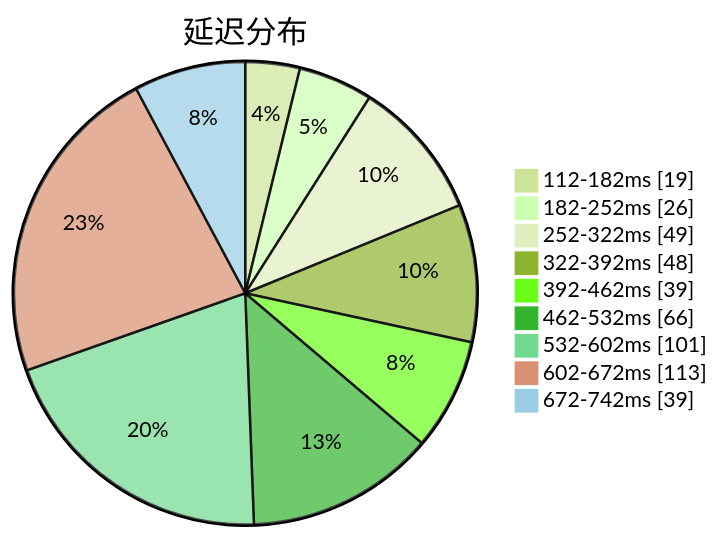
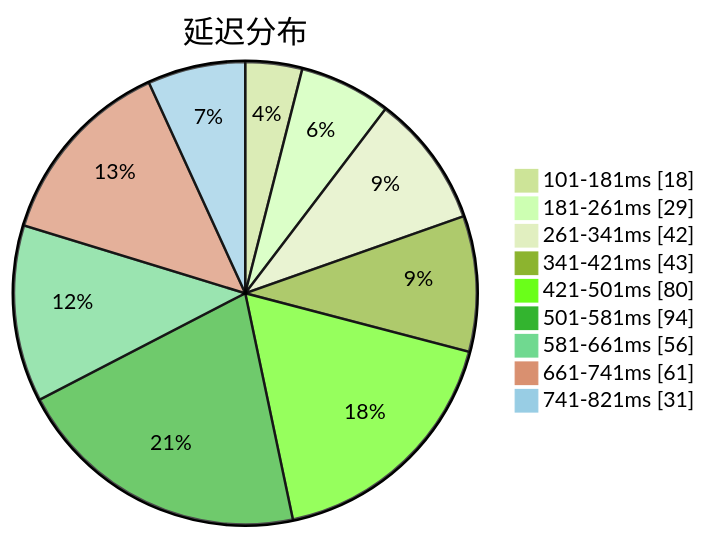
The first of 3 diagrams in subs/statistics/tested_within.md (sinspired/airport), drawn with Mermaid (forest theme) before and after one commit. The commit also changed other lines of this file and 2 other files, not shown here.

````diff
--- a/subs/statistics/tested_within.md
+++ b/subs/statistics/tested_within.md
@@ -2,13 +2,13 @@
 ```mermaid
 pie showData
 title 延迟分布
-"112-182ms" : 19
-"182-252ms" : 26
-"252-322ms" : 49
-"322-392ms" : 48
-"392-462ms" : 39
-"462-532ms" : 66
-"532-602ms" : 101
-"602-672ms" : 113
-"672-742ms" : 39
+"101-181ms" : 18
+"181-261ms" : 29
+"261-341ms" : 42
+"341-421ms" : 43
+"421-501ms" : 80
+"501-581ms" : 94
+"581-661ms" : 56
+"661-741ms" : 61
+"741-821ms" : 31
 ```
````
